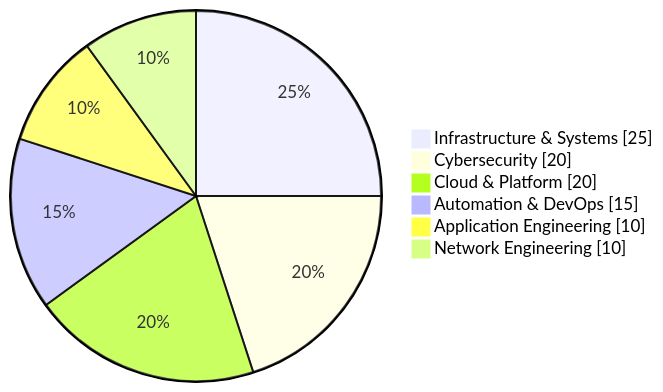
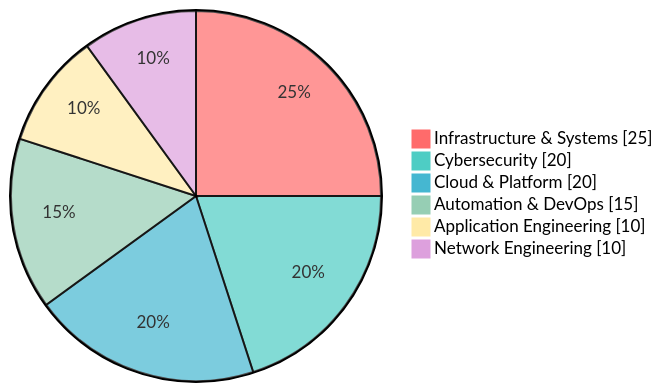
Before and after one commit to ogc16/ogc16: the second of 2 diagrams in README.md, drawn with Mermaid.

Commit message:
style: add bright colors to skills donut chart

````diff
--- a/README.md
+++ b/README.md
@@ -46,9 +46,10 @@
 ```mermaid
+%%{init: {'themeVariables': {'pie1': '#FF6B6B', 'pie2': '#4ECDC4', 'pie3': '#45B7D1', 'pie4': '#96CEB4', 'pie5': '#FFEAA7', 'pie6': '#DDA0DD'}}}%%
 pie showData
     "Infrastructure & Systems" : 25
     "Cybersecurity" : 20
     "Cloud & Platform" : 20
     "Automation & DevOps" : 15
     "Application Engineering" : 10
     "Network Engineering" : 10
 ```
````
